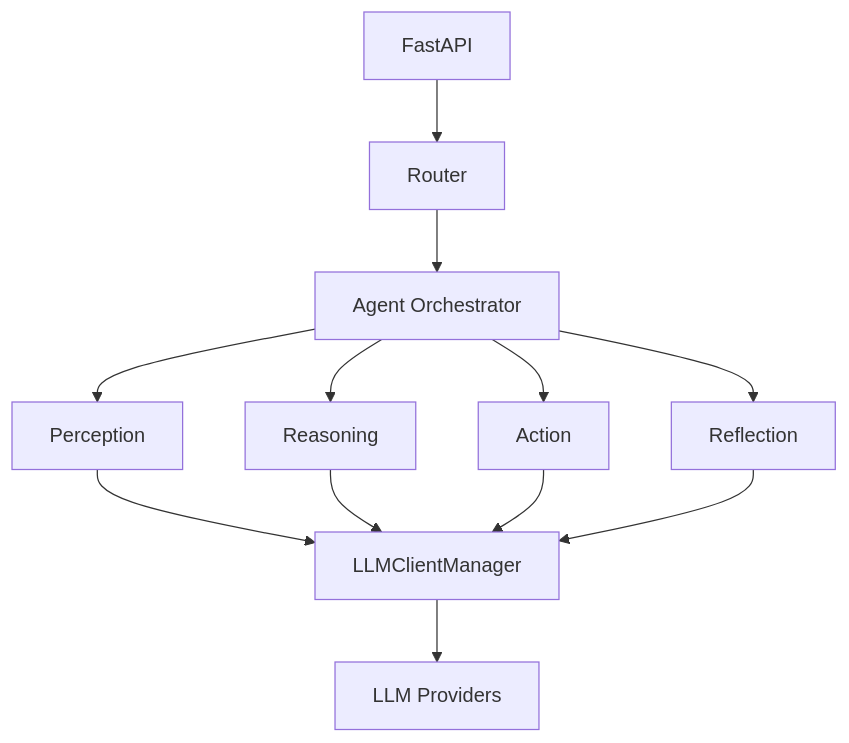
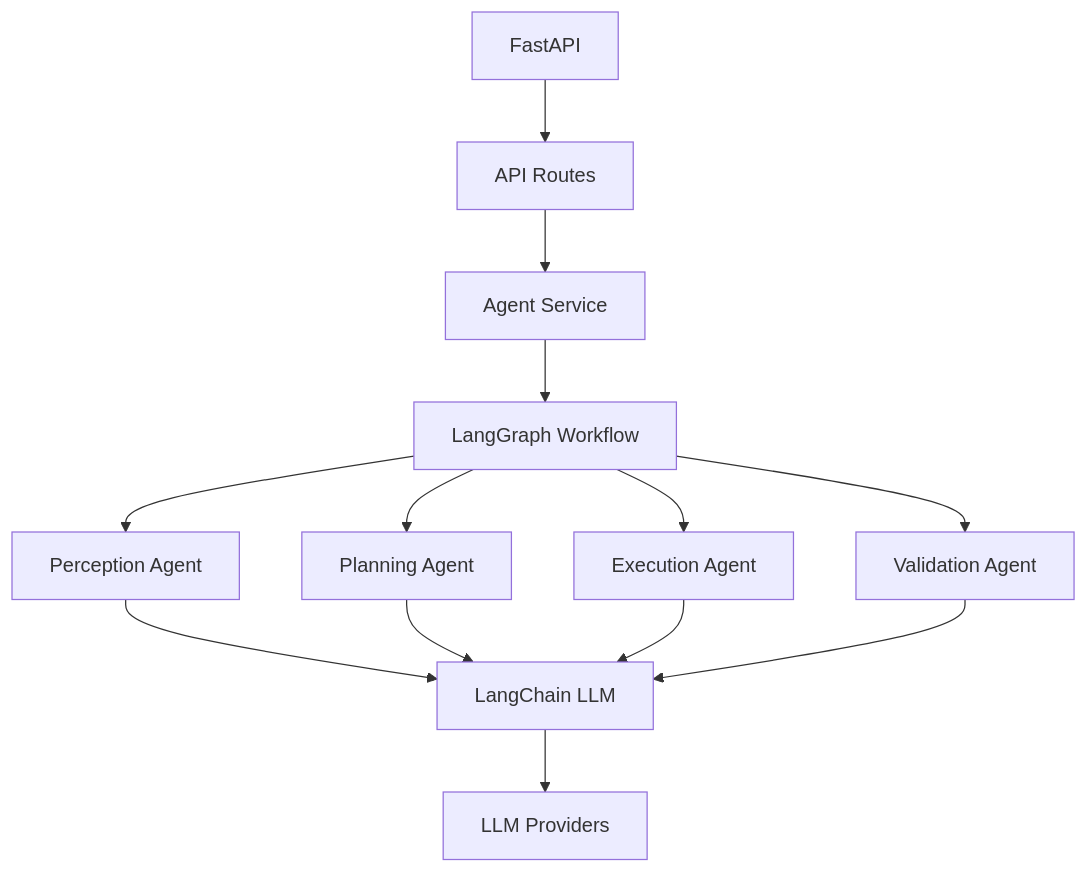
One commit to chronosnehal/thinkcraft changed the second of 2 diagrams in docs/templates/agentic_solution_template/README.md. Above: the diagram before and after it, drawn with Mermaid. The commit also changed other lines of this file and 70 other files, not shown here.

````diff
--- a/docs/templates/agentic_solution_template/README.md
+++ b/docs/templates/agentic_solution_template/README.md
@@ -37,14 +65,15 @@
 ```mermaid
 graph TD
-    A[FastAPI] --> B[Router]
-    B --> C[Agent Orchestrator]
-    C --> D[Perception]
-    C --> E[Reasoning]
-    C --> F[Action]
-    C --> G[Reflection]
-    D --> H[LLMClientManager]
-    E --> H
-    F --> H
-    G --> H
-    H --> I[LLM Providers]
+    A[FastAPI] --> B[API Routes]
+    B --> C[Agent Service]
+    C --> D[LangGraph Workflow]
+    D --> E[Perception Agent]
+    D --> F[Planning Agent]
+    D --> G[Execution Agent]
+    D --> H[Validation Agent]
+    E --> I[LangChain LLM]
+    F --> I
+    G --> I
+    H --> I
+    I --> J[LLM Providers]
 ```
````
